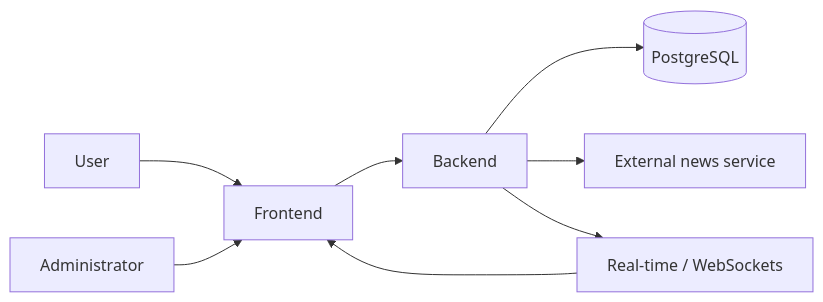
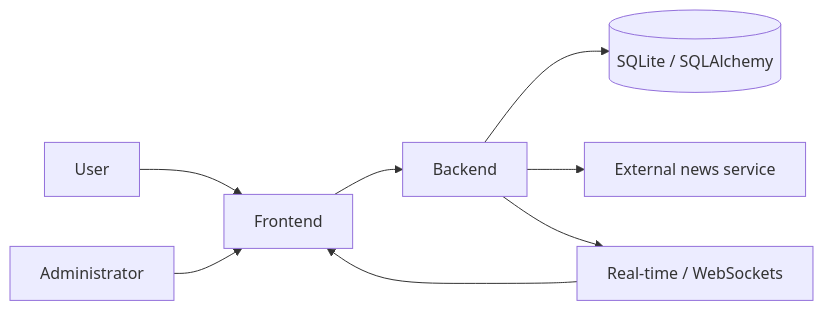
The first of 5 diagrams in docs/stage-3en.md (tomvieilledent/portfolio-MDE_dashboard), drawn with Mermaid before and after one commit. The commit also changed other lines of this file and 84 other files, not shown here.

````diff
--- a/docs/stage-3en.md
+++ b/docs/stage-3en.md
@@ -40,10 +40,10 @@
 ```mermaid
 flowchart LR
 	User[User] --> F[Frontend]
 	Admin[Administrator] --> F
 	F --> B[Backend]
-	B --> D[(PostgreSQL)]
+	B --> D[(SQLite / SQLAlchemy)]
 	B --> N[External news service]
 	B --> R[Real-time / WebSockets]
 	R --> F
 ```
````
